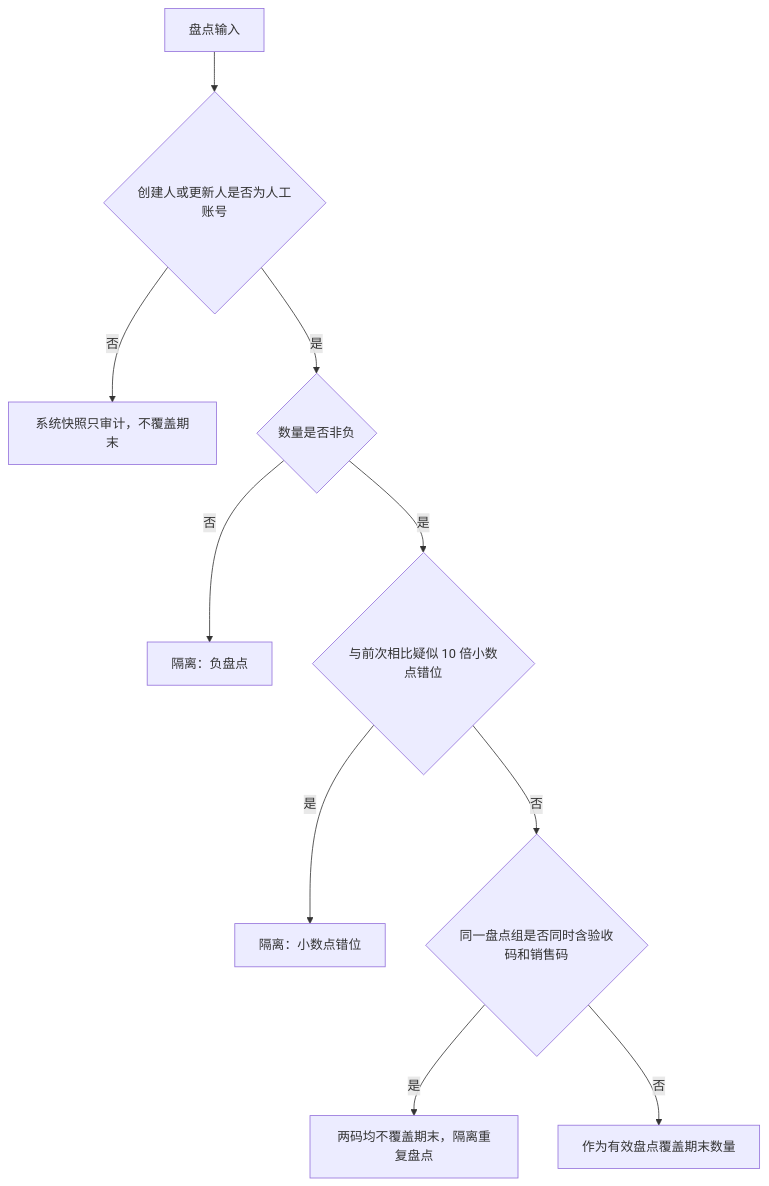
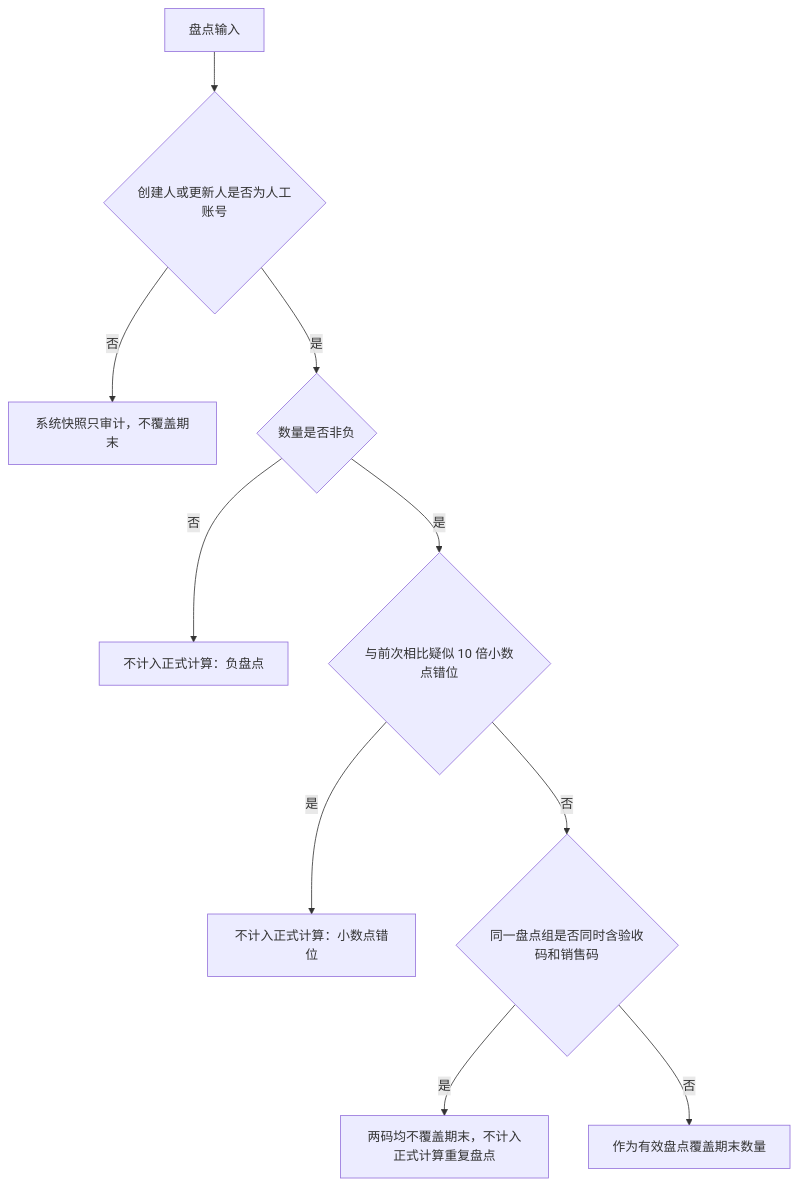
The fourth of 5 diagrams in fmetl/docs/architecture/V0.14_IMPLEMENTED_ARCHITECTURE.md (kate636/cuihua-data), drawn with Mermaid before and after one commit. The commit also changed other lines of this file and 42 other files, not shown here.

````diff
--- a/fmetl/docs/architecture/V0.14_IMPLEMENTED_ARCHITECTURE.md
+++ b/fmetl/docs/architecture/V0.14_IMPLEMENTED_ARCHITECTURE.md
@@ -247,12 +247,12 @@
 ```mermaid
 flowchart TB
     I["盘点输入"] --> O{"创建人或更新人是否为人工账号"}
     O -- 否 --> A["系统快照只审计，不覆盖期末"]
     O -- 是 --> N{"数量是否非负"}
-    N -- 否 --> Q1["隔离：负盘点"]
+    N -- 否 --> Q1["不计入正式计算：负盘点"]
     N -- 是 --> D{"与前次相比疑似 10 倍小数点错位"}
-    D -- 是 --> Q2["隔离：小数点错位"]
+    D -- 是 --> Q2["不计入正式计算：小数点错位"]
     D -- 否 --> C{"同一盘点组是否同时含验收码和销售码"}
-    C -- 是 --> Q3["两码均不覆盖期末，隔离重复盘点"]
+    C -- 是 --> Q3["两码均不覆盖期末，不计入正式计算重复盘点"]
     C -- 否 --> V["作为有效盘点覆盖期末数量"]
 ```
````
